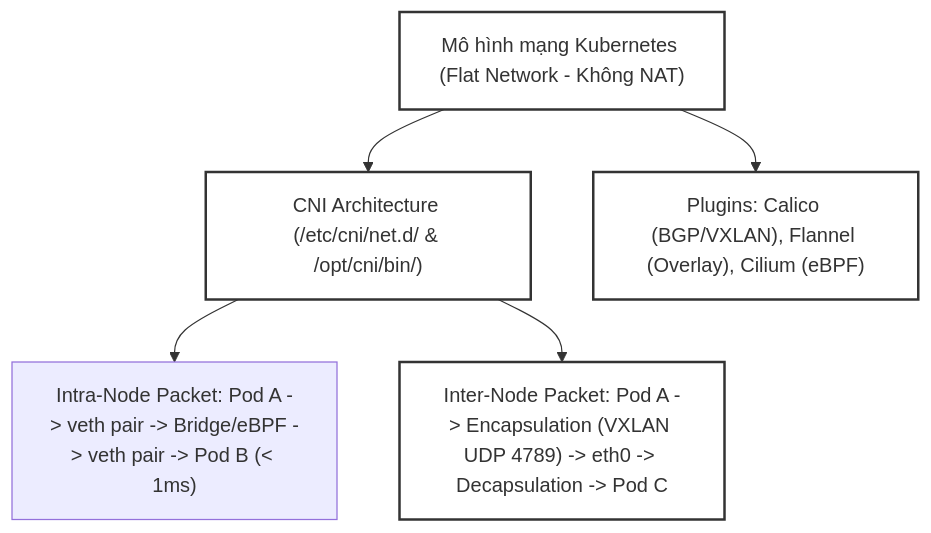
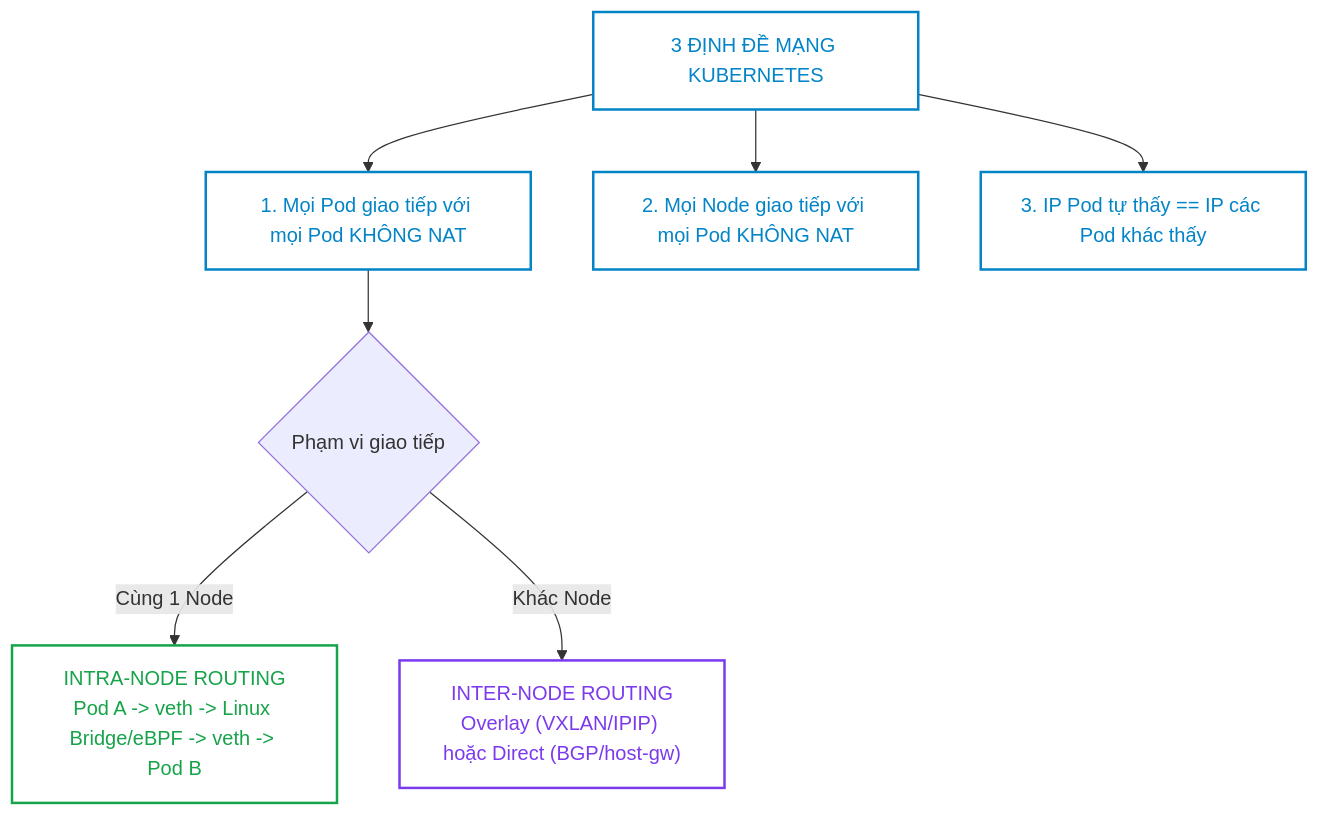
One commit to kiennt308/ntk changed the first of 4 diagrams in _posts/2026-09-12-cka-21-21-mo-hinh-mang-va-cni.md. Above: the diagram before and after it, drawn with Mermaid. The commit also changed other lines of this file and 39 other files, not shown here.

````diff
--- a/_posts/2026-09-12-cka-21-21-mo-hinh-mang-va-cni.md
+++ b/_posts/2026-09-12-cka-21-21-mo-hinh-mang-va-cni.md
@@ -368,13 +47,14 @@
 ```mermaid
-graph TD
-    A["Mô hình mạng Kubernetes (Flat Network - Không NAT)"] --> B["CNI Architecture (/etc/cni/net.d/ & /opt/cni/bin/)"]
-    A --> C["Plugins: Calico (BGP/VXLAN), Flannel (Overlay), Cilium (eBPF)"]
-    
-    B --> D["Intra-Node Packet: Pod A -> veth pair -> Bridge/eBPF -> veth pair -> Pod B (< 1ms)"]
-    B --> E["Inter-Node Packet: Pod A -> Encapsulation (VXLAN UDP 4789) -> eth0 -> Decapsulation -> Pod C"]
+flowchart TD
+    classDef rule fill:none,stroke:#0284c7,stroke-width:2px,color:#0284c7;
+    classDef intra fill:none,stroke:#16a34a,stroke-width:2px,color:#16a34a;
+    classDef inter fill:none,stroke:#7c3aed,stroke-width:2px,color:#7c3aed;
 
-    style A fill:none,stroke:#333,stroke-width:2px
-    style B fill:none,stroke:#333,stroke-width:2px
-    style C fill:none,stroke:#333,stroke-width:2px
-    style E fill:none,stroke:#333,stroke-width:2px
+    K8sRules["3 ĐỊNH ĐỀ MẠNG KUBERNETES"]:::rule --> R1["1. Mọi Pod giao tiếp với mọi Pod KHÔNG NAT"]:::rule
+    K8sRules --> R2["2. Mọi Node giao tiếp với mọi Pod KHÔNG NAT"]:::rule
+    K8sRules --> R3["3. IP Pod tự thấy == IP các Pod khác thấy"]:::rule
+
+    R1 --> FlowType{"Phạm vi giao tiếp"}
+    FlowType -->|Cùng 1 Node| Intra["INTRA-NODE ROUTING<br>Pod A -> veth -> Linux Bridge/eBPF -> veth -> Pod B"]:::intra
+    FlowType -->|Khác Node| Inter["INTER-NODE ROUTING<br>Overlay (VXLAN/IPIP) hoặc Direct (BGP/host-gw)"]:::inter
 ```
````
